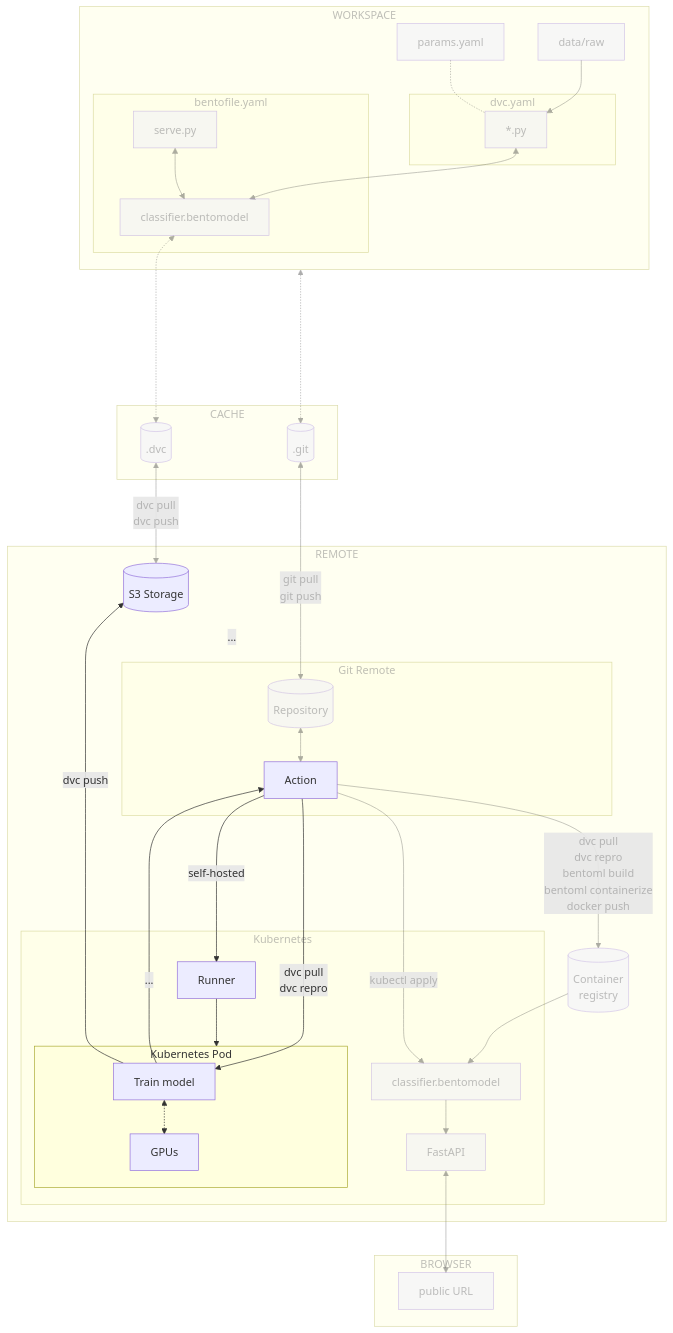
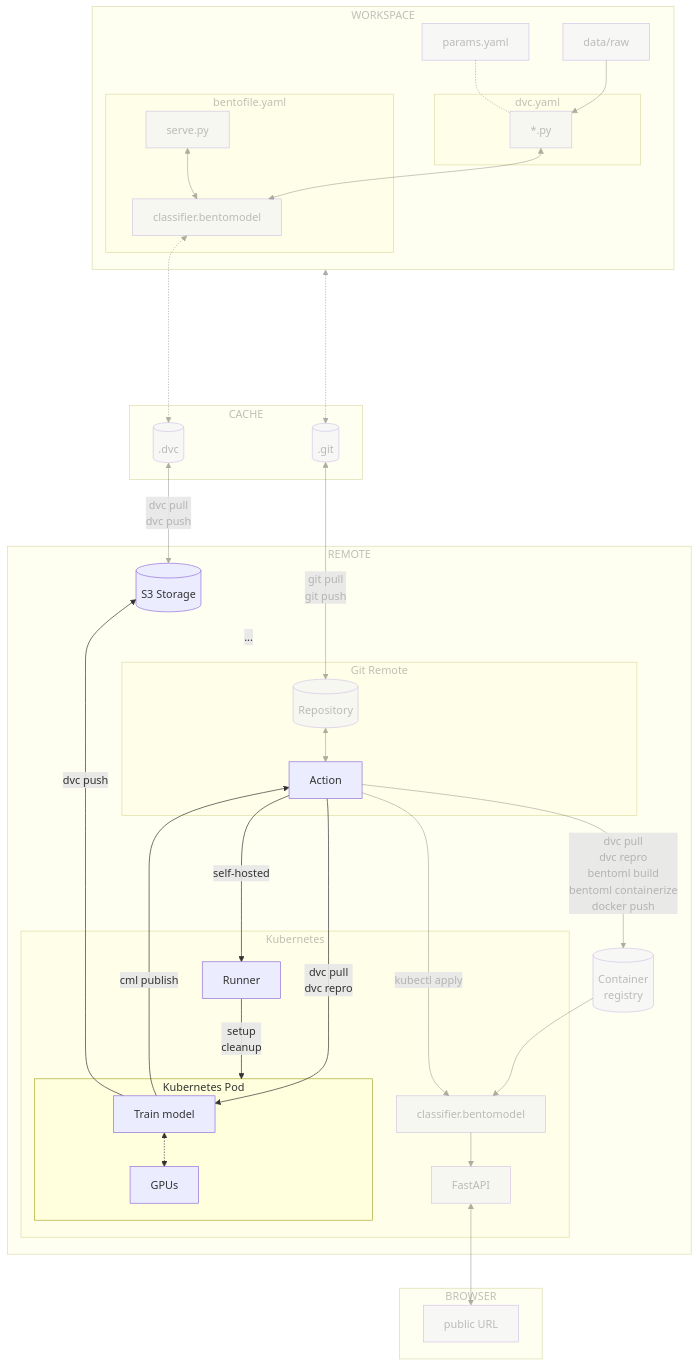
Before and after one commit to swiss-ai-center/a-guide-to-mlops: the diagram in docs/part-3-serve-and-deploy-the-model/chapter-18-train-the-model-on-a-kubernetes-pod.md, drawn with Mermaid. The commit also changed other lines of this file and 2 other files, not shown here.

Commit message:
Rework chapter 17 and adjust mermaid graphs

```diff
--- a/docs/part-3-serve-and-deploy-the-model/chapter-18-train-the-model-on-a-kubernetes-pod.md
+++ b/docs/part-3-serve-and-deploy-the-model/chapter-18-train-the-model-on-a-kubernetes-pod.md
@@ -71,13 +71,14 @@
             subgraph clusterPodGraph[Kubernetes Pod]
                 pod_train[Train model] <-.-> k8s_gpu[GPUs]
             end
-            pod_runner[Runner] --> clusterPodGraph
+            pod_runner[Runner] --> |setup
+                                    cleanup|clusterPodGraph
             action -->|dvc pull
                        dvc repro| pod_train
             bento_service_cluster[classifier.bentomodel] --> k8s_fastapi[FastAPI]
         end
         action --> |self-hosted|pod_runner
-        pod_train -->|...| action
+        pod_train -->|cml publish| action
         pod_train -->|dvc push| s3_storage
 
         registry[(Container
```
